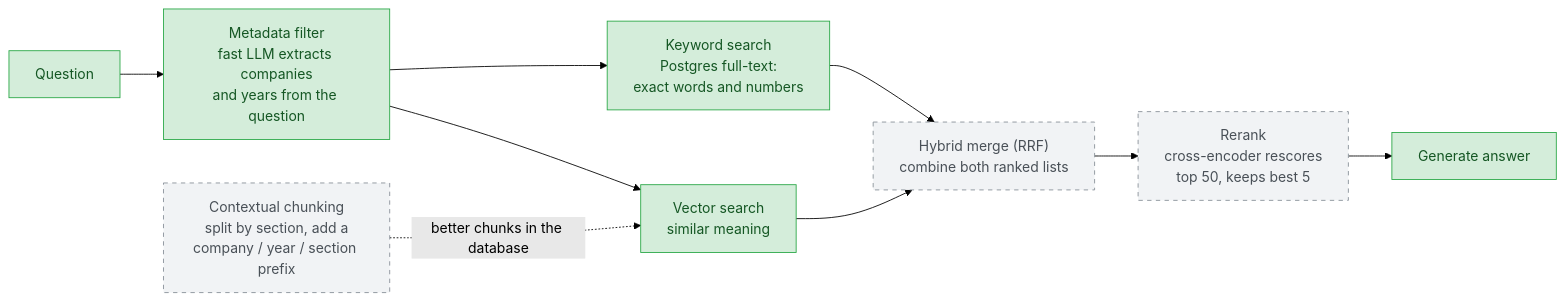
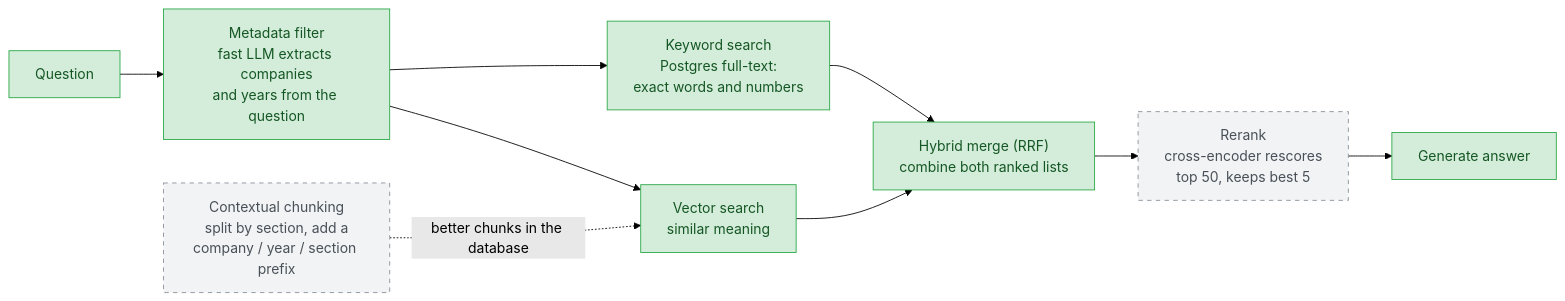
Before and after one commit to madeleine68/Reportlens: the third of 6 diagrams in README.md, drawn with Mermaid (forest theme). The commit also changed other lines of this file and 9 other files, not shown here.

````diff
--- a/README.md
+++ b/README.md
@@ -141,16 +143,16 @@
 ```mermaid
 flowchart LR
     q["Question"] --> filt["Metadata filter<br/>fast LLM extracts companies<br/>and years from the question"]
     filt --> vec["Vector search<br/>similar meaning"]
     filt --> kw["Keyword search<br/>Postgres full-text:<br/>exact words and numbers"]
     vec --> rrf["Hybrid merge (RRF)<br/>combine both ranked lists"]
     kw --> rrf
     rrf --> rerank["Rerank<br/>cross-encoder rescores<br/>top 50, keeps best 5"]
     rerank --> gen["Generate answer"]
     ctx["Contextual chunking<br/>split by section, add a<br/>company / year / section prefix"] -.->|"better chunks in the database"| vec
 
     classDef planned fill:#f1f3f5,stroke:#868e96,color:#495057,stroke-dasharray: 5 5
     classDef done fill:#d4edda,stroke:#28a745,color:#155724
-    class q,filt,vec,kw,gen done
-    class rrf,rerank,ctx planned
+    class q,filt,vec,kw,rrf,gen done
+    class rerank,ctx planned
 ```
````
